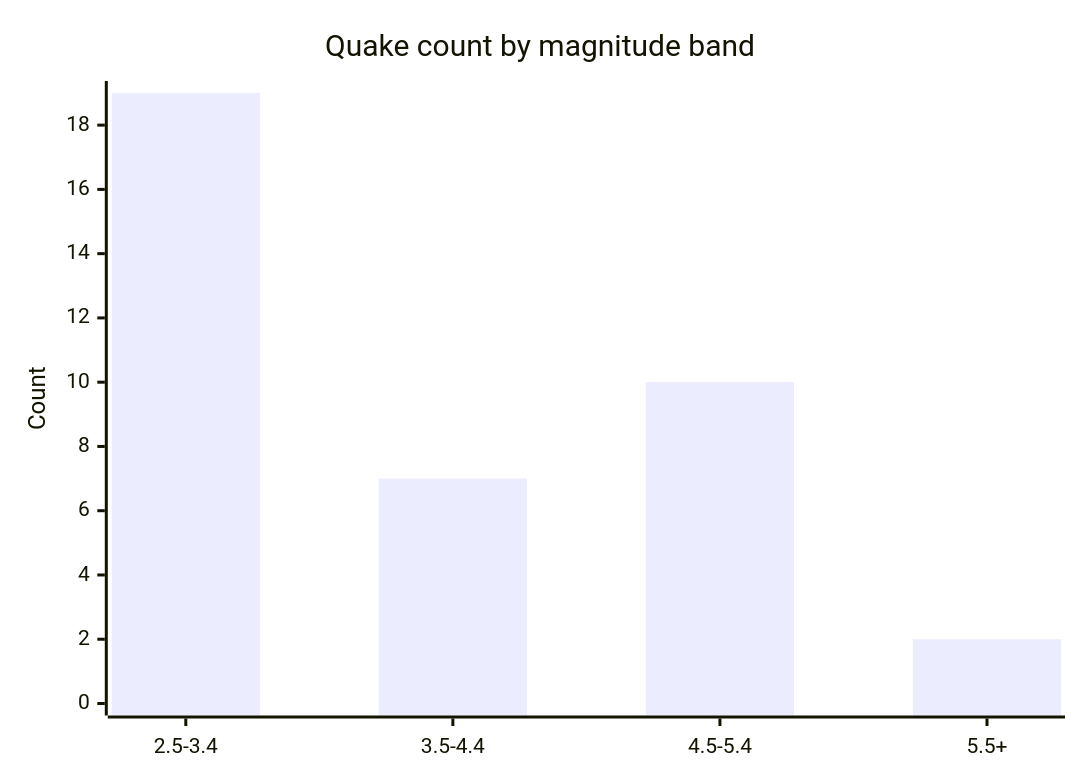
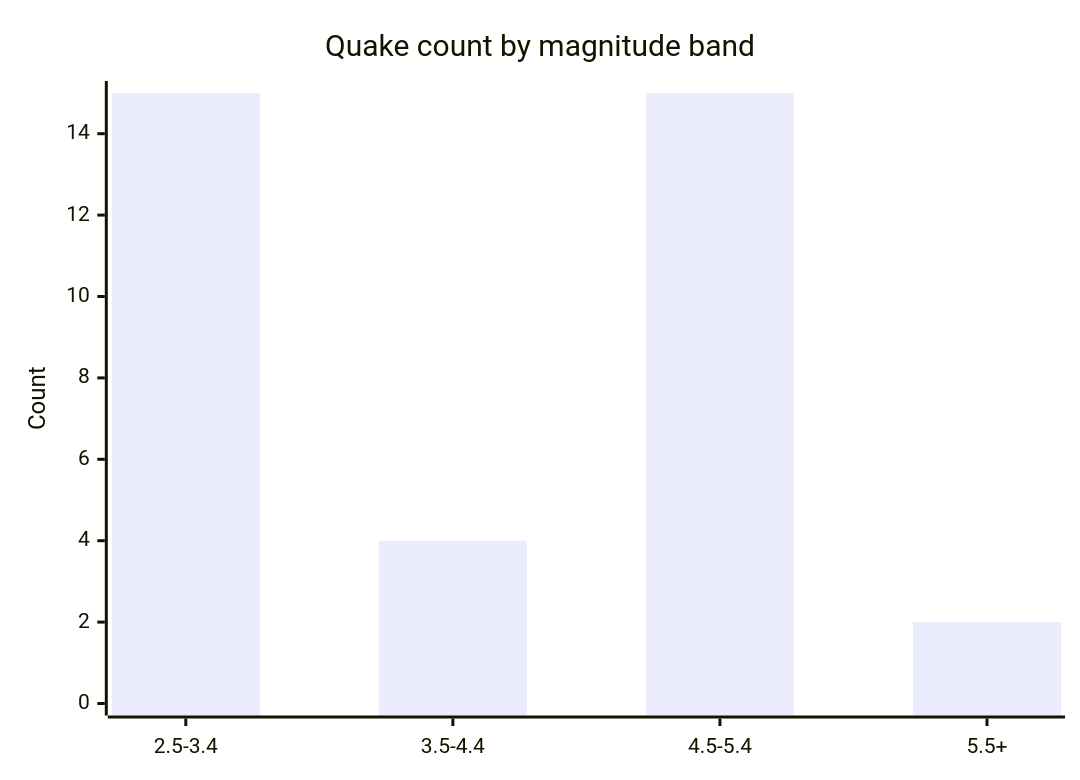
One commit to Midwest-Stratospheric/aerostratospheric-defense-gir changed the fifth of 6 diagrams in docs/GRAPHS.md. Above: the diagram before and after it, drawn with Mermaid. The commit also changed other lines of this file and 24 other files, not shown here.

````diff
--- a/docs/GRAPHS.md
+++ b/docs/GRAPHS.md
@@ -82,7 +82,7 @@
 ```mermaid
 xychart-beta
   title "Quake count by magnitude band"
   x-axis ["2.5-3.4", "3.5-4.4", "4.5-5.4", "5.5+"]
-  y-axis "Count" 0 --> 19
-  bar [19, 7, 10, 2]
+  y-axis "Count" 0 --> 15
+  bar [15, 4, 15, 2]
 ```
````
